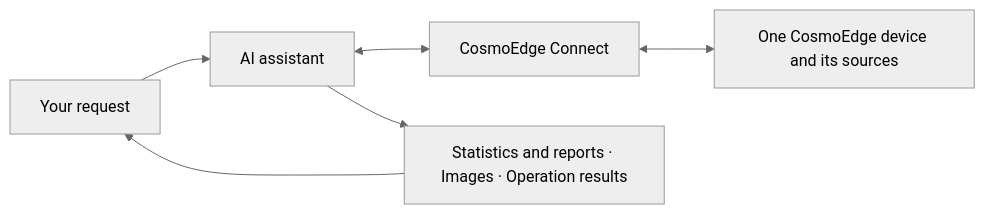
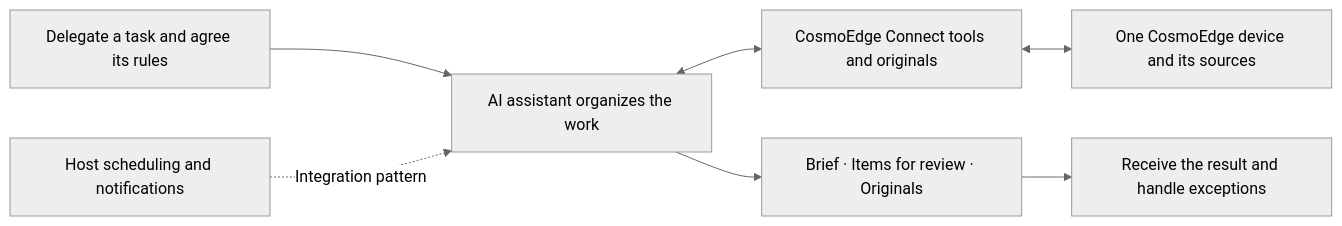
Before and after one commit to cosmo-wander-ai/cosmoedge-connect: the diagram in README.md, drawn with Mermaid (neutral theme). The commit also changed other lines of this file and 9 other files, not shown here.

````diff
--- a/README.md
+++ b/README.md
@@ -23,8 +57,9 @@
 ```mermaid
 flowchart LR
-    User[Your request] --> Assistant[AI assistant]
-    Assistant <--> Connect[CosmoEdge Connect]
+    User[Delegate a task and agree its rules] --> Assistant[AI assistant organizes the work]
+    Assistant <--> Connect[CosmoEdge Connect tools and originals]
     Connect <--> Device[One CosmoEdge device and its sources]
-    Assistant --> Results[Statistics and reports · Images · Operation results]
-    Results --> User
+    Assistant --> Results[Brief · Items for review · Originals]
+    Results --> Review[Receive the result and handle exceptions]
+    Host[Host scheduling and notifications] -. Integration pattern .-> Assistant
 ```
````
